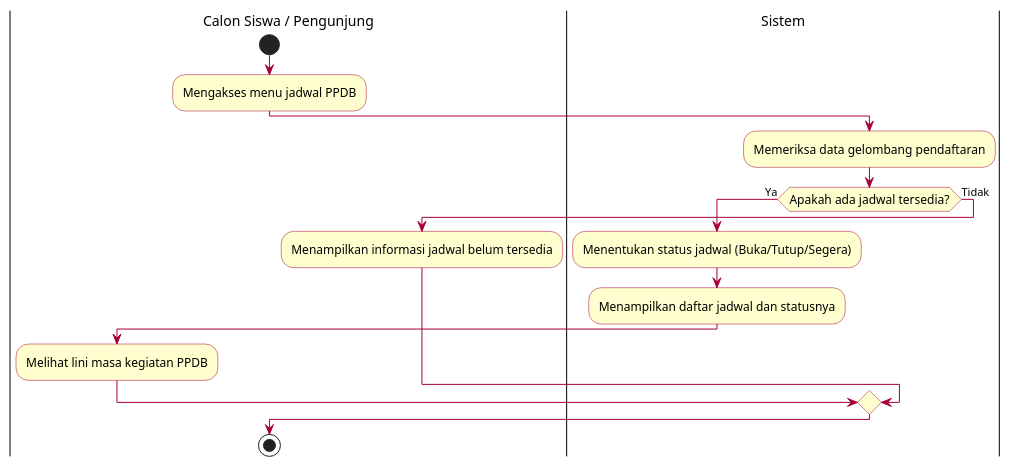
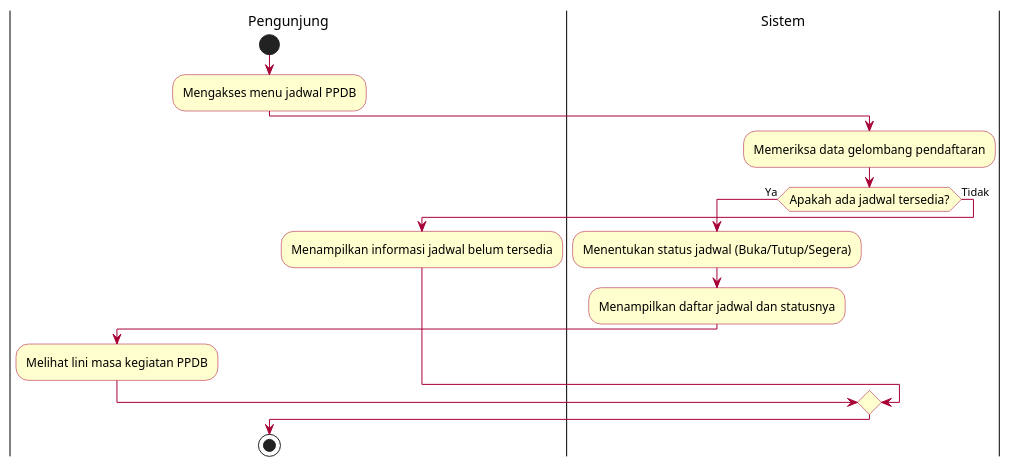
One commit to unfaejanXT/KP-SIPPDB-SMK changed the diagram in docs/activity_diagram/revisi/melihat_jadwal.puml. Above: the diagram before and after it, drawn with PlantUML. The commit also changed 44 other files, not shown here.

```diff
--- a/docs/activity_diagram/revisi/melihat_jadwal.puml
+++ b/docs/activity_diagram/revisi/melihat_jadwal.puml
@@ -1,28 +1,28 @@
 @startuml
 skinparam SwimlaneTitleFontSize 14
 skinparam SwimlaneBorderThickness 1
 skinparam ActivityBackgroundColor #FEFECE
 skinparam ActivityBorderColor #A80036
 skinparam ActivityFontSize 12
 skinparam ArrowColor #A80036
 skinparam Shadowing false
 
-|Calon Siswa / Pengunjung|
+|Pengunjung|
 start
 :Mengakses menu jadwal PPDB;
 
 |Sistem|
 :Memeriksa data gelombang pendaftaran;
 
 if (Apakah ada jadwal tersedia?) then (Ya)
     :Menentukan status jadwal (Buka/Tutup/Segera);
     :Menampilkan daftar jadwal dan statusnya;
     
-    |Calon Siswa / Pengunjung|
+    |Pengunjung|
     :Melihat lini masa kegiatan PPDB;
 else (Tidak)
     :Menampilkan informasi jadwal belum tersedia;
 endif
 
 stop
 @enduml
```
